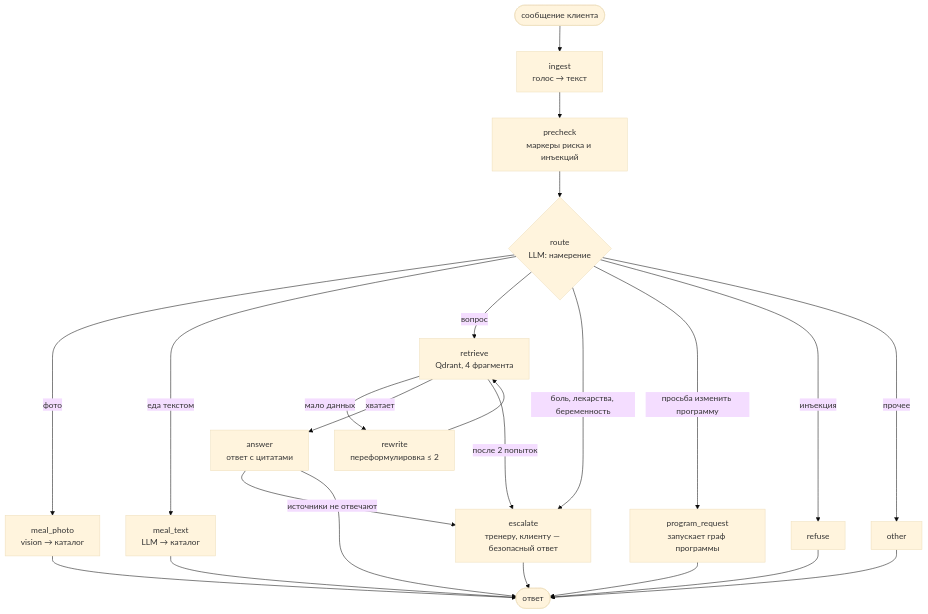
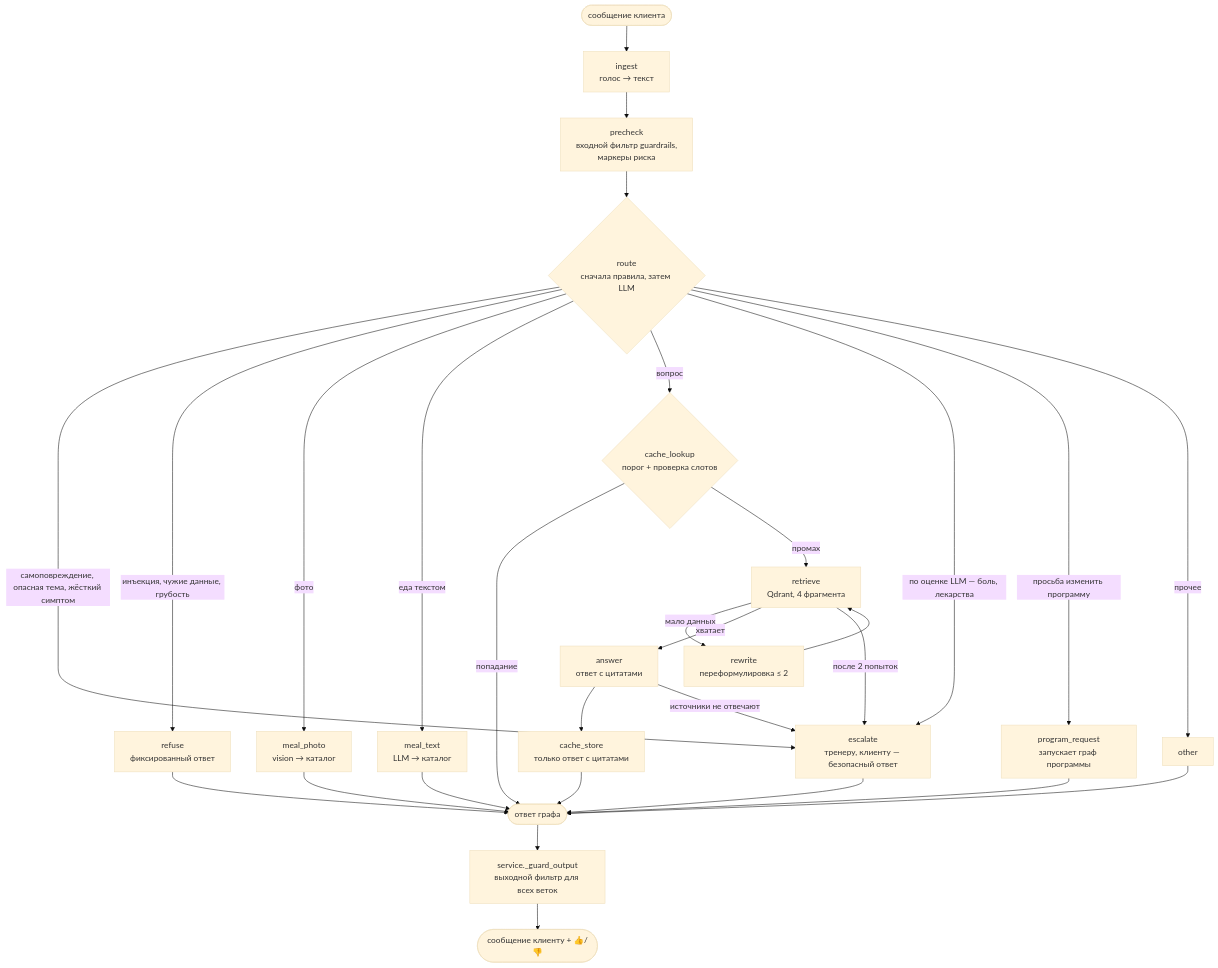
Before and after one commit to DevLuigiGit/tulpar-ai-coach: the second of 3 diagrams in ARCHITECTURE.md, drawn with Mermaid (base theme). The commit also changed other lines of this file and 6 other files, not shown here.

Commit message:
Документация: README с логотипом и командой, архитектура guardrails, кэша, голоса, Mini App и Qdrant, выводы 16–21 в EVALS, итоговые прогоны на слитом коде

````diff
--- a/ARCHITECTURE.md
+++ b/ARCHITECTURE.md
@@ -74,19 +90,25 @@
 ```mermaid
 flowchart TD
   S([сообщение клиента]) --> ingest[ingest<br/>голос → текст]
-  ingest --> precheck[precheck<br/>маркеры риска и инъекций]
-  precheck --> route{route<br/>LLM: намерение}
+  ingest --> precheck[precheck<br/>входной фильтр guardrails,<br/>маркеры риска]
+  precheck --> route{route<br/>сначала правила, затем LLM}
+  route -- самоповреждение, опасная тема, жёсткий симптом --> esc[escalate<br/>тренеру, клиенту — безопасный ответ]
+  route -- инъекция, чужие данные, грубость --> refuse[refuse<br/>фиксированный ответ]
   route -- фото --> photo[meal_photo<br/>vision → каталог]
   route -- еда текстом --> mtext[meal_text<br/>LLM → каталог]
-  route -- вопрос --> retrieve[retrieve<br/>Qdrant, 4 фрагмента]
+  route -- вопрос --> cl{cache_lookup<br/>порог + проверка слотов}
+  cl -- попадание --> E
+  cl -- промах --> retrieve[retrieve<br/>Qdrant, 4 фрагмента]
   retrieve -- мало данных --> rewrite[rewrite<br/>переформулировка ≤ 2]
   rewrite --> retrieve
   retrieve -- хватает --> answer[answer<br/>ответ с цитатами]
+  answer --> cs[cache_store<br/>только ответ с цитатами]
   answer -- источники не отвечают --> esc
   retrieve -- после 2 попыток --> esc
-  route -- боль, лекарства, беременность --> esc[escalate<br/>тренеру, клиенту — безопасный ответ]
+  route -- по оценке LLM — боль, лекарства --> esc
   route -- просьба изменить программу --> preq[program_request<br/>запускает граф программы]
-  route -- инъекция --> refuse[refuse]
   route -- прочее --> other[other]
-  photo & mtext & answer & esc & preq & refuse & other --> E([ответ])
+  photo & mtext & cs & esc & preq & refuse & other --> E([ответ графа])
+  E --> OG[service._guard_output<br/>выходной фильтр для всех веток]
+  OG --> R([сообщение клиенту + 👍/👎])
 ```
````
